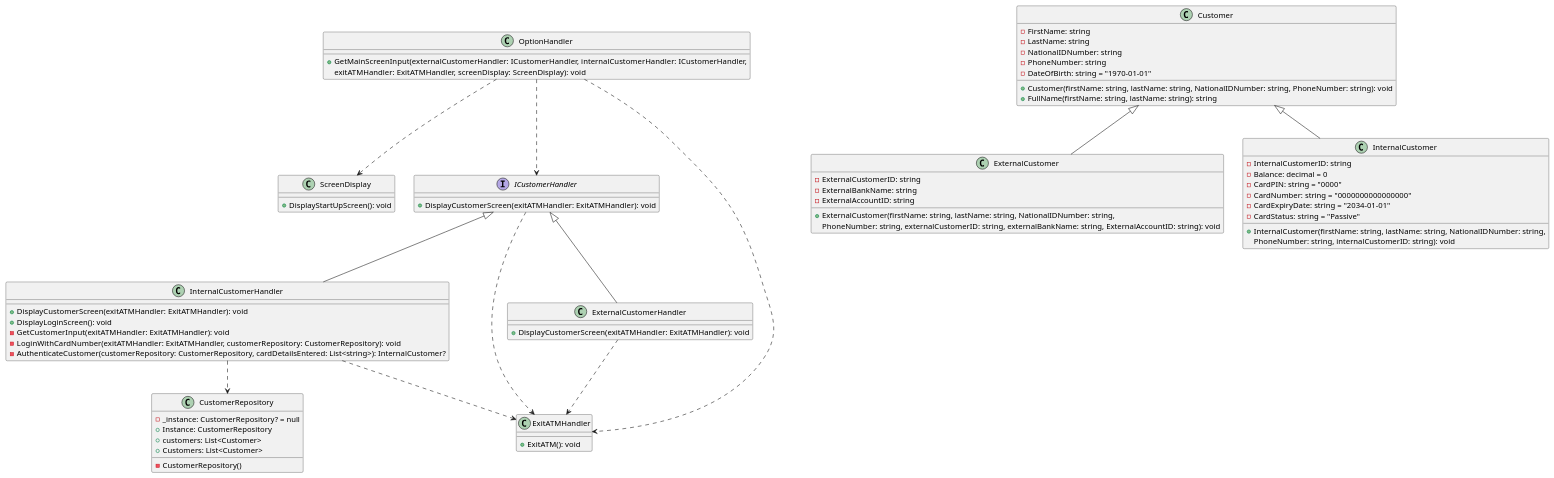
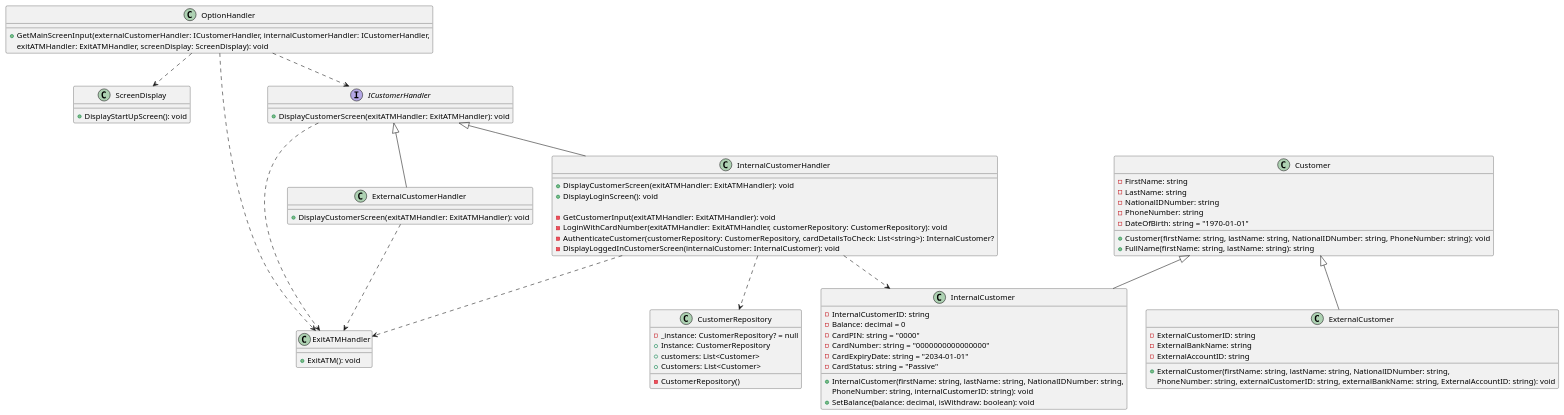
The diagram in .puml (KTrordu/atm-uygulamasi), drawn with PlantUML before and after one commit. The commit also changed 15 other files, not shown here.

```diff
--- a/.puml
+++ b/.puml
@@ -1,89 +1,93 @@
 @startuml ATMUygulamasi
 
 class ScreenDisplay {
     +DisplayStartUpScreen(): void
 }
 
 class Customer {
     -FirstName: string
     -LastName: string
     -NationalIDNumber: string
     -PhoneNumber: string
     -DateOfBirth: string = "1970-01-01"
 
     +Customer(firstName: string, lastName: string, NationalIDNumber: string, PhoneNumber: string): void
     +FullName(firstName: string, lastName: string): string
 }
 
 class ExternalCustomer {
     -ExternalCustomerID: string
     -ExternalBankName: string
     -ExternalAccountID: string
 
     +ExternalCustomer(firstName: string, lastName: string, NationalIDNumber: string,
     PhoneNumber: string, externalCustomerID: string, externalBankName: string, ExternalAccountID: string): void
 }
 
 class InternalCustomer {
     -InternalCustomerID: string
     -Balance: decimal = 0
     -CardPIN: string = "0000"
     -CardNumber: string = "0000000000000000"
     -CardExpiryDate: string = "2034-01-01"
     -CardStatus: string = "Passive"
 
     +InternalCustomer(firstName: string, lastName: string, NationalIDNumber: string,
     PhoneNumber: string, internalCustomerID: string): void
+    +SetBalance(balance: decimal, isWithdraw: boolean): void
 }
 
 class OptionHandler {
     +GetMainScreenInput(externalCustomerHandler: ICustomerHandler, internalCustomerHandler: ICustomerHandler,
     exitATMHandler: ExitATMHandler, screenDisplay: ScreenDisplay): void
 }
 
 interface ICustomerHandler {
     +DisplayCustomerScreen(exitATMHandler: ExitATMHandler): void
 }
 
 class ExternalCustomerHandler {
     +DisplayCustomerScreen(exitATMHandler: ExitATMHandler): void
 }
 
 class InternalCustomerHandler {
     +DisplayCustomerScreen(exitATMHandler: ExitATMHandler): void
     +DisplayLoginScreen(): void
+
     -GetCustomerInput(exitATMHandler: ExitATMHandler): void
     -LoginWithCardNumber(exitATMHandler: ExitATMHandler, customerRepository: CustomerRepository): void
-    -AuthenticateCustomer(customerRepository: CustomerRepository, cardDetailsEntered: List<string>): InternalCustomer?
+    -AuthenticateCustomer(customerRepository: CustomerRepository, cardDetailsToCheck: List<string>): InternalCustomer?
+    -DisplayLoggedInCustomerScreen(internalCustomer: InternalCustomer): void
 }
 
 class CustomerRepository {
     - _instance: CustomerRepository? = null
     + Instance: CustomerRepository
     + customers: List<Customer>
     + Customers: List<Customer>
 
     - CustomerRepository()
 }
 
 class ExitATMHandler {
     +ExitATM(): void
 }
 
 Customer <|-- ExternalCustomer
 Customer <|-- InternalCustomer
 
 ICustomerHandler <|-- ExternalCustomerHandler
 ICustomerHandler <|-- InternalCustomerHandler
 
 OptionHandler ..> ICustomerHandler
 OptionHandler ..> ScreenDisplay
 
 ICustomerHandler ..> ExitATMHandler
 ExternalCustomerHandler ..> ExitATMHandler
 InternalCustomerHandler ..> ExitATMHandler
 OptionHandler ..> ExitATMHandler
 
 InternalCustomerHandler ..> CustomerRepository
+InternalCustomerHandler ..> InternalCustomer
 
 @enduml
```
